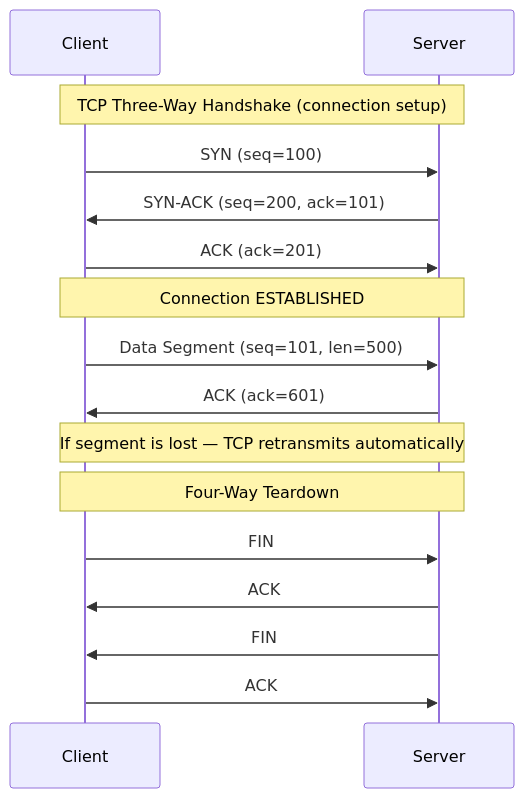
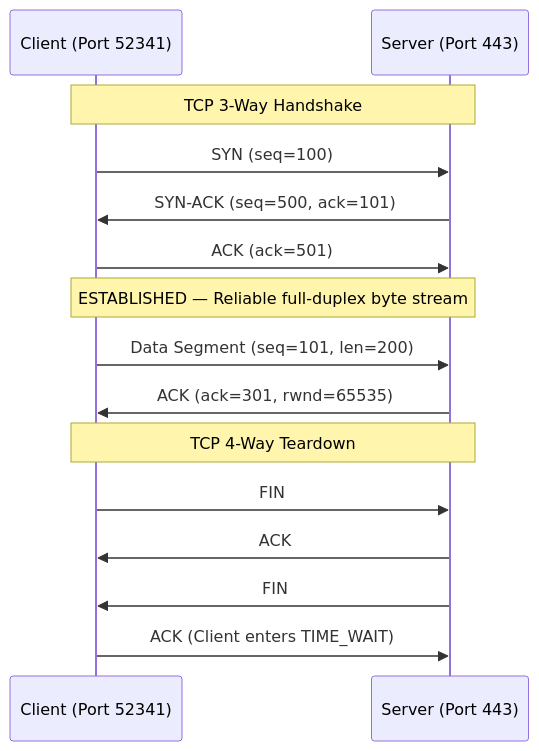
The second of 5 diagrams in Backend-engineering/3-Protocol/2-OSI-Model/1-OSI-Model.md (Patel-Neel-346/Notes), drawn with Mermaid before and after one commit. The commit also changed other lines of this file, not shown here.

````diff
--- a/Backend-engineering/3-Protocol/2-OSI-Model/1-OSI-Model.md
+++ b/Backend-engineering/3-Protocol/2-OSI-Model/1-OSI-Model.md
@@ -337,22 +245,20 @@
 ```mermaid
 sequenceDiagram
-    participant C as Client
-    participant S as Server
+    participant C as Client (Port 52341)
+    participant S as Server (Port 443)
 
-    Note over C,S: TCP Three-Way Handshake (connection setup)
+    Note over C,S: TCP 3-Way Handshake
     C->>S: SYN (seq=100)
-    S->>C: SYN-ACK (seq=200, ack=101)
-    C->>S: ACK (ack=201)
-    Note over C,S: Connection ESTABLISHED
+    S->>C: SYN-ACK (seq=500, ack=101)
+    C->>S: ACK (ack=501)
+    Note over C,S: ESTABLISHED — Reliable full-duplex byte stream
 
-    C->>S: Data Segment (seq=101, len=500)
-    S->>C: ACK (ack=601)
+    C->>S: Data Segment (seq=101, len=200)
+    S->>C: ACK (ack=301, rwnd=65535)
 
-    Note over C,S: If segment is lost — TCP retransmits automatically
-
-    Note over C,S: Four-Way Teardown
+    Note over C,S: TCP 4-Way Teardown
     C->>S: FIN
     S->>C: ACK
     S->>C: FIN
-    C->>S: ACK
+    C->>S: ACK (Client enters TIME_WAIT)
 ```
````
